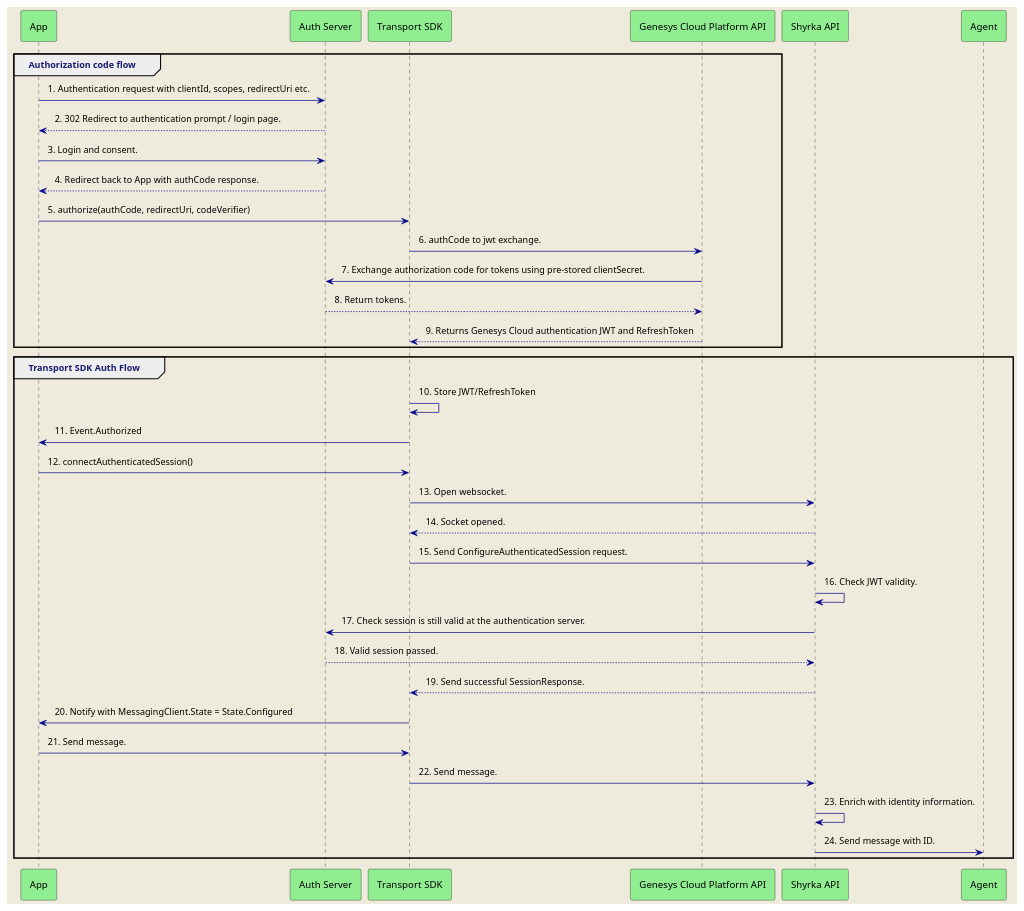
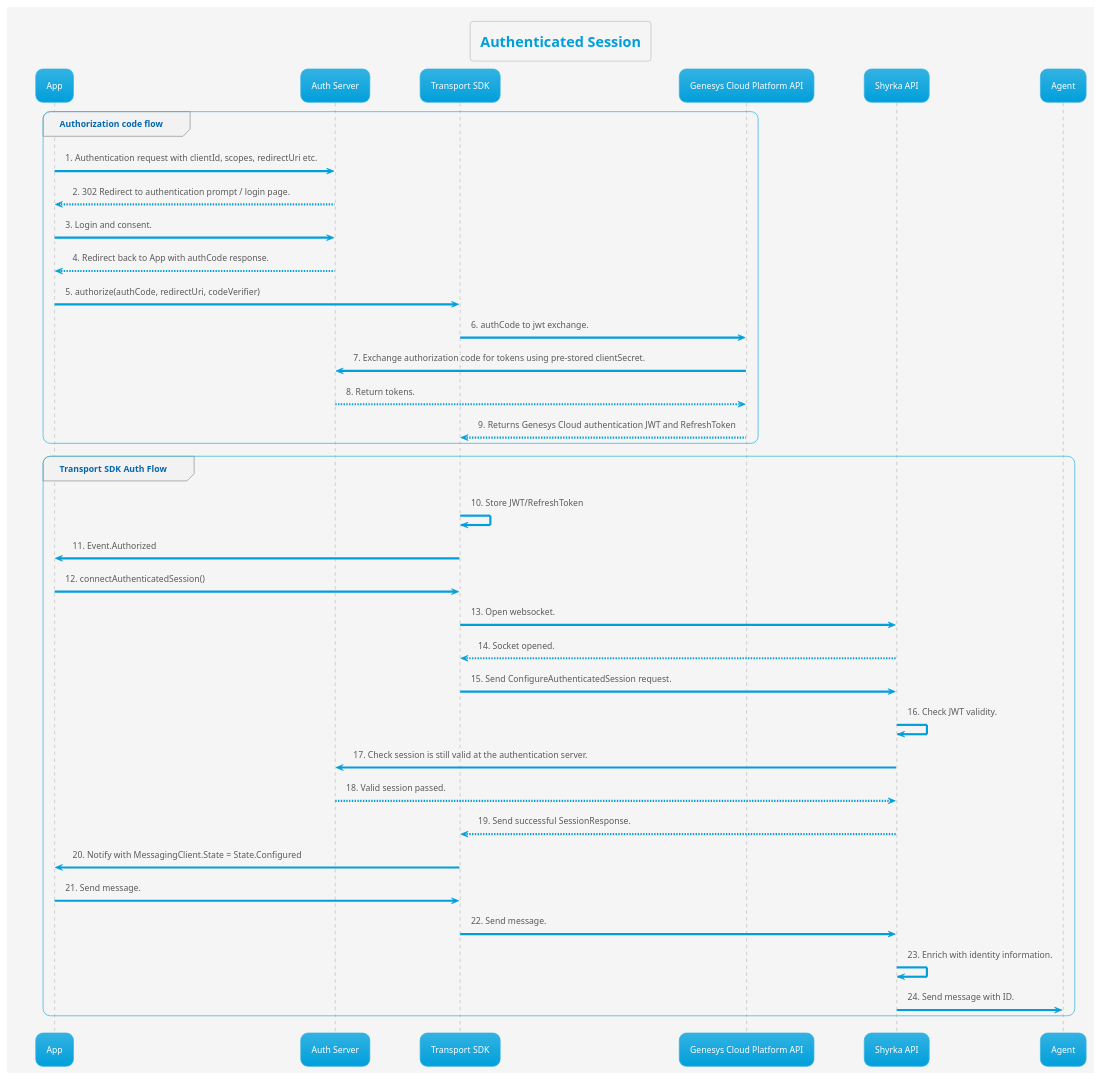
One commit to MyPureCloud/genesys-messenger-transport-mobile-sdk changed the diagram in transport/uml/auth_flow/high_level_auth_flow.puml. Above: the diagram before and after it, drawn with PlantUML. The commit also changed 11 other files, not shown here.

First line of the commit message:
MTSDK-223 Align Diagram Themes (#211)

```diff
--- a/transport/uml/auth_flow/high_level_auth_flow.puml
+++ b/transport/uml/auth_flow/high_level_auth_flow.puml
@@ -1,49 +1,48 @@
 @startuml
-skinparam {
-        ArrowColor darkBlue
-        backgroundColor #EEEBDC
-        NoteBackgroundColor #lightyellow
-        NoteBorderColor gray
-        sequenceGroupHeaderFontColor midnightblue
-        padding 6
-}
+'https://plantuml.com/sequence-diagram
 
-participant App #lightGreen
-participant "Auth Server" #lightGreen
-participant "Transport SDK" #lightGreen
-participant "Genesys Cloud Platform API" #lightGreen
-participant "Shyrka API" #lightGreen
-participant Agent #lightGreen
+!theme bluegray
+!pragma teoz true
+
+skinparam backgroundColor #whitesmoke
+title Authenticated Session
+
+participant App
+participant "Auth Server"
+participant "Transport SDK"
+participant "Genesys Cloud Platform API"
+participant "Shyrka API"
+participant Agent
 
 group Authorization code flow
     App -> "Auth Server" : 1. Authentication request with clientId, scopes, redirectUri etc.
     "Auth Server" --> App : 2. 302 Redirect to authentication prompt / login page.
     App -> "Auth Server" : 3. Login and consent.
     "Auth Server" --> App : 4. Redirect back to App with authCode response.
     App -> "Transport SDK" : 5. authorize(authCode, redirectUri, codeVerifier)
     "Transport SDK" -> "Genesys Cloud Platform API" : 6. authCode to jwt exchange.
     "Genesys Cloud Platform API" -> "Auth Server" : 7. Exchange authorization code for tokens using pre-stored clientSecret.
     "Auth Server" --> "Genesys Cloud Platform API" : 8. Return tokens.
     "Genesys Cloud Platform API" --> "Transport SDK" : 9. Returns Genesys Cloud authentication JWT and RefreshToken
 end
 
 group Transport SDK Auth Flow
     "Transport SDK" -> "Transport SDK" : 10. Store JWT/RefreshToken
     "Transport SDK" -> App : 11. Event.Authorized
     App -> "Transport SDK" : 12. connectAuthenticatedSession()
     "Transport SDK" -> "Shyrka API" : 13. Open websocket.
     "Shyrka API" --> "Transport SDK" : 14. Socket opened.
     "Transport SDK" -> "Shyrka API" : 15. Send ConfigureAuthenticatedSession request.
     "Shyrka API" -> "Shyrka API" : 16. Check JWT validity.
     "Shyrka API" -> "Auth Server" : 17. Check session is still valid at the authentication server.
     "Auth Server" --> "Shyrka API" : 18. Valid session passed.
     "Shyrka API" --> "Transport SDK" : 19. Send successful SessionResponse.
     "Transport SDK" -> App : 20. Notify with MessagingClient.State = State.Configured
     App -> "Transport SDK" : 21. Send message.
     "Transport SDK" -> "Shyrka API" : 22. Send message.
     "Shyrka API" -> "Shyrka API" : 23. Enrich with identity information.
     "Shyrka API" -> Agent : 24. Send message with ID.
 end
 
 
 @enduml
```
